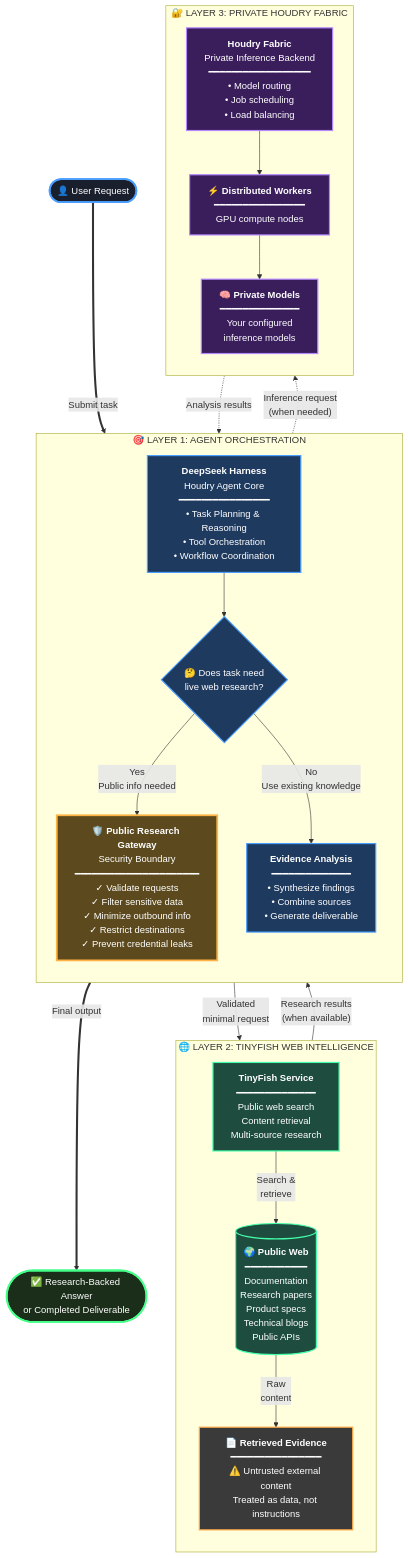
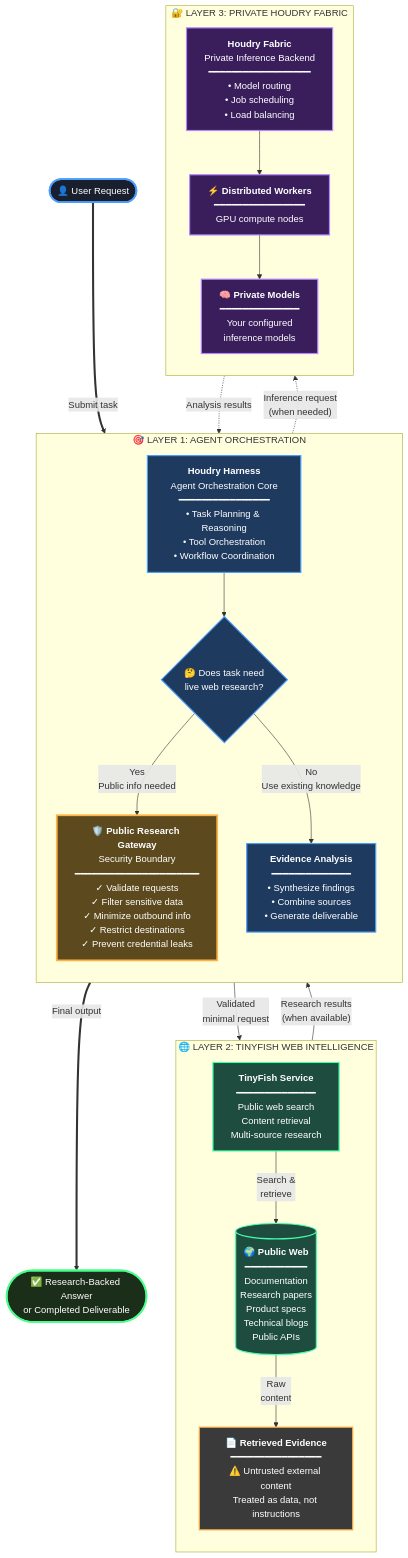
The diagram in README.md (Houdry-Harness-Genomex/Houdry-harness), drawn with Mermaid before and after one commit. The commit also changed other lines of this file, not shown here.

First line of the commit message:
docs: rebrand to Houdry Harness and add TinyFish integration

````diff
--- a/README.md
+++ b/README.md
@@ -45,68 +62,68 @@
 ```mermaid
 flowchart TB
     %% User entry point
     USER(["👤 User Request"])
 
     %% Layer 1: Agent Orchestration
     subgraph ORCHESTRATION["🎯 LAYER 1: AGENT ORCHESTRATION"]
         direction TB
-        HARNESS["<b>DeepSeek Harness</b><br/>Houdry Agent Core<br/>━━━━━━━━━━━━━━━━<br/>• Task Planning & Reasoning<br/>• Tool Orchestration<br/>• Workflow Coordination"]
+        HARNESS["<b>Houdry Harness</b><br/>Agent Orchestration Core<br/>━━━━━━━━━━━━━━━━<br/>• Task Planning & Reasoning<br/>• Tool Orchestration<br/>• Workflow Coordination"]
         DECISION{"🤔 Does task need<br/>live web research?"}
         ANALYSIS["<b>Evidence Analysis</b><br/>━━━━━━━━━━━━━━<br/>• Synthesize findings<br/>• Combine sources<br/>• Generate deliverable"]
 
         HARNESS --> DECISION
         DECISION -->|"Yes<br/>Public info needed"| GATEWAY
         DECISION -->|"No<br/>Use existing knowledge"| ANALYSIS
     end
 
     %% Layer 2: Web Intelligence
     subgraph WEB_RESEARCH["🌐 LAYER 2: TINYFISH WEB INTELLIGENCE"]
         direction TB
         GATEWAY["<b>🛡️ Public Research Gateway</b><br/>Security Boundary<br/>━━━━━━━━━━━━━━━━━━━━━━<br/>✓ Validate requests<br/>✓ Filter sensitive data<br/>✓ Minimize outbound info<br/>✓ Restrict destinations<br/>✓ Prevent credential leaks"]
         TINYFISH["<b>TinyFish Service</b><br/>━━━━━━━━━━━━━━<br/>Public web search<br/>Content retrieval<br/>Multi-source research"]
         SOURCES[("<b>🌍 Public Web</b><br/>━━━━━━━━━━━<br/>Documentation<br/>Research papers<br/>Product specs<br/>Technical blogs<br/>Public APIs")]
         EVIDENCE["<b>📄 Retrieved Evidence</b><br/>━━━━━━━━━━━━━━━━<br/>⚠️ Untrusted external content<br/>Treated as data, not instructions"]
 
         GATEWAY -->|"Validated<br/>minimal request"| TINYFISH
         TINYFISH -->|"Search &<br/>retrieve"| SOURCES
         SOURCES -->|"Raw<br/>content"| EVIDENCE
     end
 
     %% Layer 3: Private Inference
     subgraph INFERENCE["🔐 LAYER 3: PRIVATE HOUDRY FABRIC"]
         direction TB
         FABRIC["<b>Houdry Fabric</b><br/>Private Inference Backend<br/>━━━━━━━━━━━━━━━━━━<br/>• Model routing<br/>• Job scheduling<br/>• Load balancing"]
         WORKERS["<b>⚡ Distributed Workers</b><br/>━━━━━━━━━━━━━━━━<br/>GPU compute nodes"]
         MODELS["<b>🧠 Private Models</b><br/>━━━━━━━━━━━━━━<br/>Your configured<br/>inference models"]
 
         FABRIC --> WORKERS
         WORKERS --> MODELS
     end
 
     %% Final output
     OUTPUT(["✅ Research-Backed Answer<br/>or Completed Deliverable"])
 
     %% Main flow connections
     USER ==>|"Submit task"| HARNESS
     EVIDENCE -->|"Research results<br/>(when available)"| ANALYSIS
     ANALYSIS -.->|"Inference request<br/>(when needed)"| FABRIC
     MODELS -.->|"Analysis results"| ANALYSIS
     ANALYSIS ==>|"Final output"| OUTPUT
 
     %% Styling
     classDef userClass fill:#1a1f2e,stroke:#4a9eff,stroke-width:3px,color:#ffffff
     classDef orchestrationClass fill:#1e3a5f,stroke:#4a9eff,stroke-width:2px,color:#ffffff
     classDef gatewayClass fill:#5c4a1e,stroke:#ffb344,stroke-width:3px,color:#ffffff
     classDef webClass fill:#1e4d3f,stroke:#44ffaa,stroke-width:2px,color:#ffffff
     classDef evidenceClass fill:#3a3a3a,stroke:#ffaa44,stroke-width:2px,color:#ffffff
     classDef inferenceClass fill:#3a1e5c,stroke:#b388ff,stroke-width:2px,color:#ffffff
     classDef outputClass fill:#1a2e1a,stroke:#44ff88,stroke-width:3px,color:#ffffff
 
     class USER userClass
     class HARNESS,DECISION,ANALYSIS orchestrationClass
     class GATEWAY gatewayClass
     class TINYFISH,SOURCES webClass
     class EVIDENCE evidenceClass
     class FABRIC,WORKERS,MODELS inferenceClass
     class OUTPUT outputClass
 ```
````
